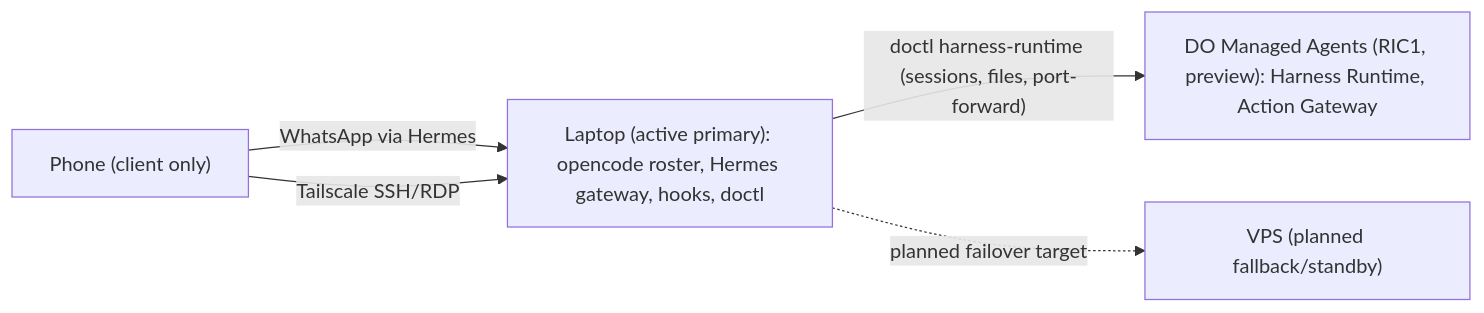
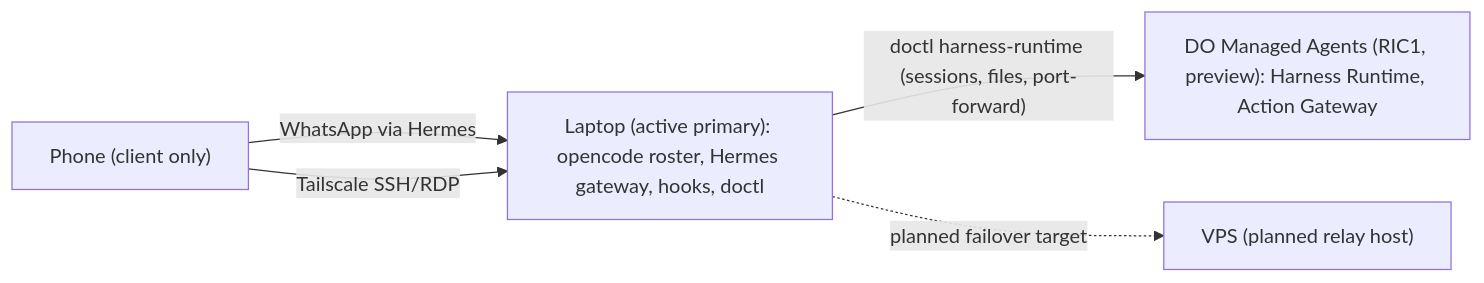
One commit to naquuuu/naquuuu-personal-works changed the diagram in internal-docs/HOSTS.md. Above: the diagram before and after it, drawn with Mermaid. The commit also changed other lines of this file and 2 other files, not shown here.

````diff
--- a/internal-docs/HOSTS.md
+++ b/internal-docs/HOSTS.md
@@ -12,11 +14,11 @@
 ```mermaid
 flowchart LR
   P["Phone (client only)"]
   L["Laptop (active primary): opencode roster, Hermes gateway, hooks, doctl"]
   D["DO Managed Agents (RIC1, preview): Harness Runtime, Action Gateway"]
-  V["VPS (planned fallback/standby)"]
+  V["VPS (planned relay host)"]
   P -->|"WhatsApp via Hermes"| L
   P -->|"Tailscale SSH/RDP"| L
   L -->|"doctl harness-runtime (sessions, files, port-forward)"| D
   L -.->|"planned failover target"| V
 ```
````
